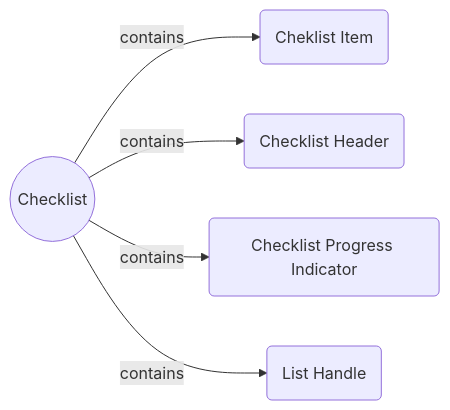
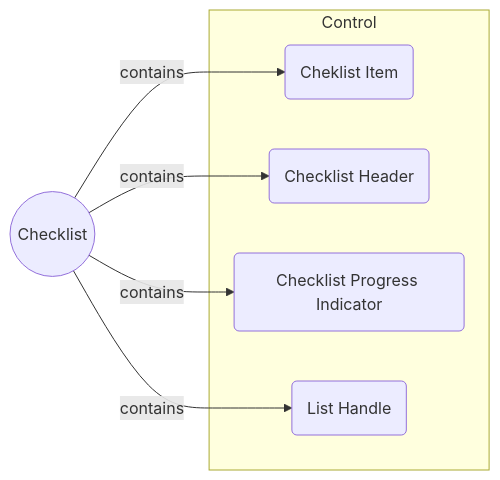
Before and after one commit to incremental-design/seamlss-design-system: diagram 30 of 39 in Components.md, drawn with Mermaid. The commit also changed other lines of this file and 1 other file, not shown here.

````diff
--- a/Components.md
+++ b/Components.md
@@ -216,4 +445,10 @@
 ```mermaid
 flowchart LR
 C((Checklist)) -- contains --> CI(Cheklist Item) & CH(Checklist Header) & CP(Checklist Progress Indicator) & LH(List Handle)
+subgraph Control
+	CI
+	CH
+	CP
+	LH
+end
 ```
````
